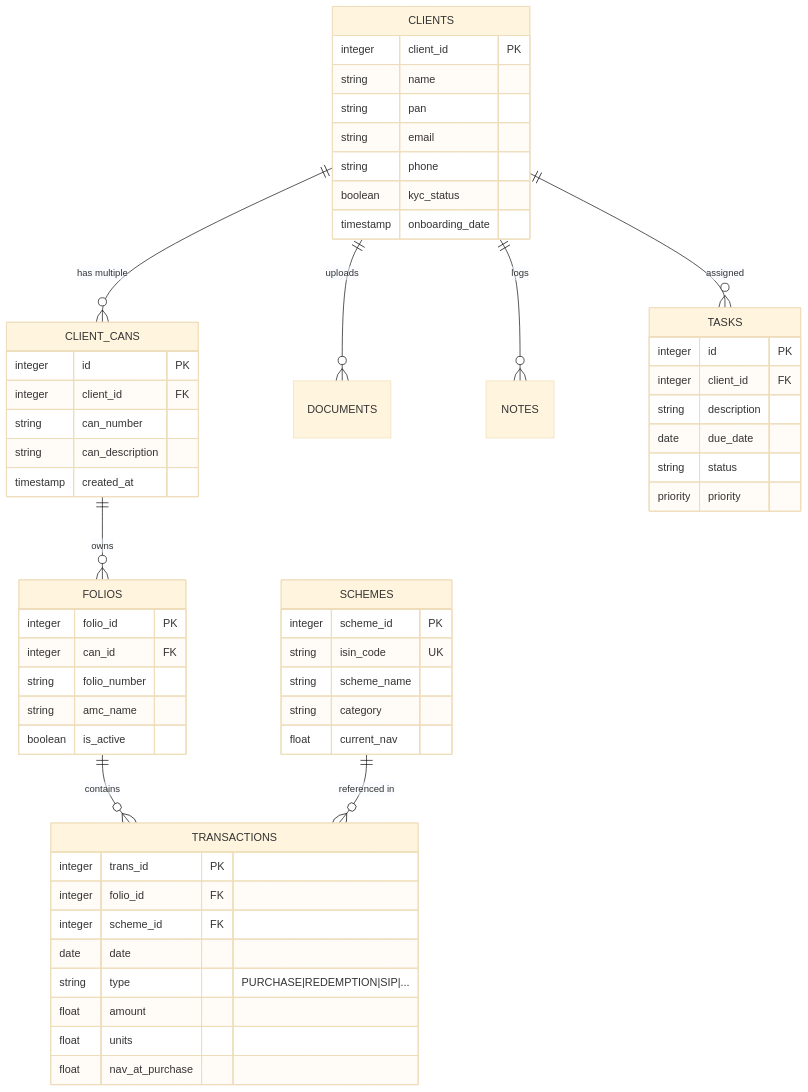
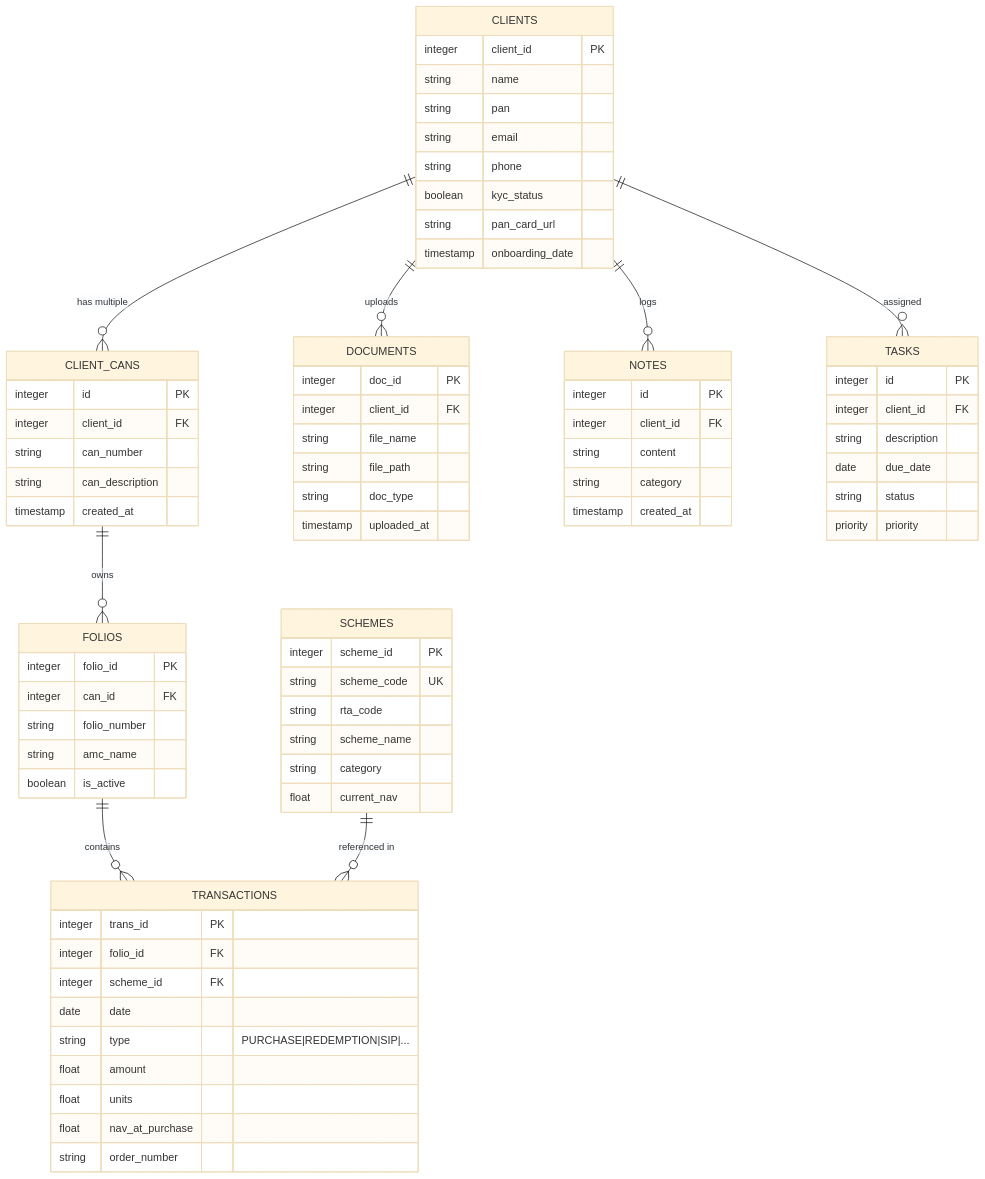
Before and after one commit to rmaries/Open_MFD_CRM: the diagram in docs/developer-guide.md, drawn with Mermaid (base theme). The commit also changed 15 other files, not shown here.

```diff
--- a/docs/developer-guide.md
+++ b/docs/developer-guide.md
@@ -106,6 +106,7 @@
         string email
         string phone
         boolean kyc_status
+        string pan_card_url
         timestamp onboarding_date
     }
 
@@ -134,14 +135,33 @@
         float amount
         float units
         float nav_at_purchase
+        string order_number
     }
 
     SCHEMES {
         integer scheme_id PK
-        string isin_code UK
+        string scheme_code UK
+        string rta_code
         string scheme_name
         string category
         float current_nav
+    }
+
+    NOTES {
+        integer id PK
+        integer client_id FK
+        string content
+        string category
+        timestamp created_at
+    }
+
+    DOCUMENTS {
+        integer doc_id PK
+        integer client_id FK
+        string file_name
+        string file_path
+        string doc_type
+        timestamp uploaded_at
     }
 
     TASKS {
```
